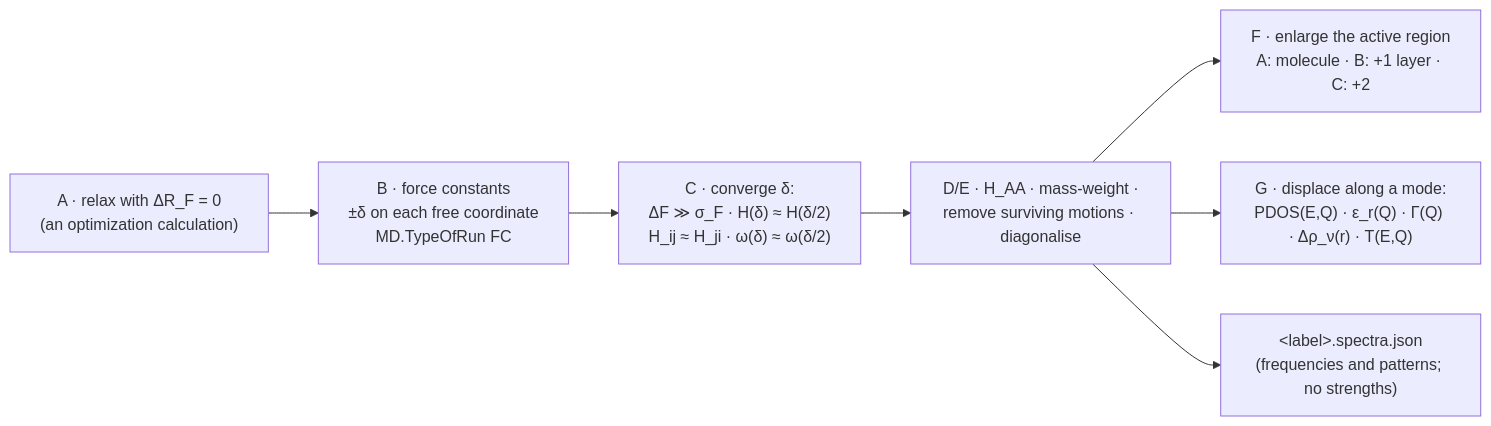
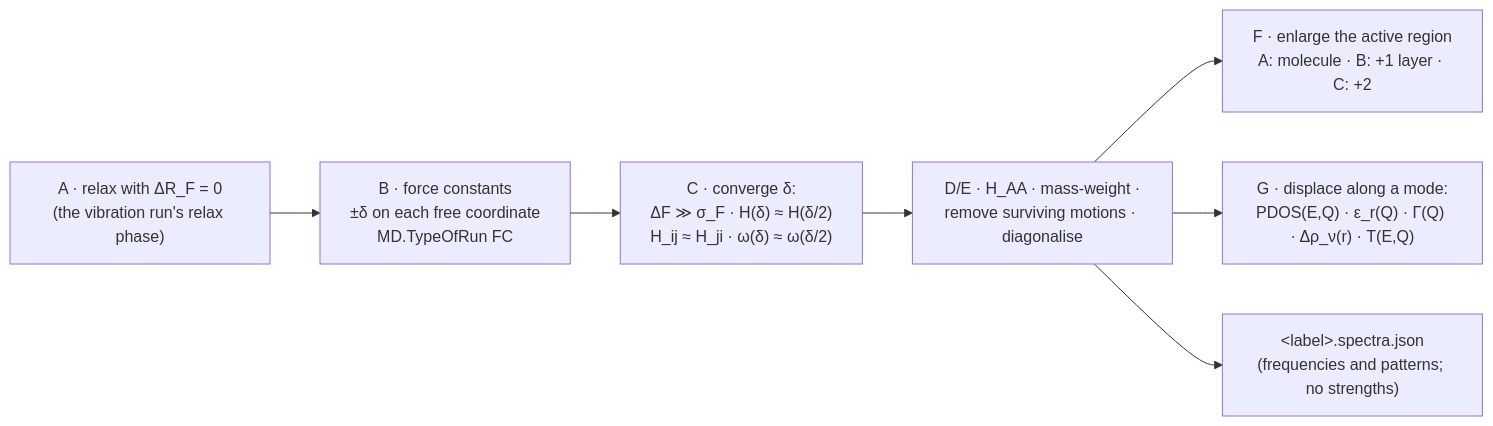
One commit to Qing-LAB/molbuilder changed the third of 3 diagrams in docs/science/normal-modes.md. Above: the diagram before and after it, drawn with Mermaid. The commit also changed 18 other files, not shown here.

````diff
--- a/docs/science/normal-modes.md
+++ b/docs/science/normal-modes.md
@@ -1001,9 +1001,9 @@
 ```mermaid
 flowchart LR
-  A["A · relax with ΔR_F = 0<br/>(an optimization calculation)"] --> B["B · force constants<br/>±δ on each free coordinate<br/>MD.TypeOfRun FC"]
+  A["A · relax with ΔR_F = 0<br/>(the vibration run's relax phase)"] --> B["B · force constants<br/>±δ on each free coordinate<br/>MD.TypeOfRun FC"]
   B --> C["C · converge δ:<br/>ΔF ≫ σ_F · H(δ) ≈ H(δ/2)<br/>H_ij ≈ H_ji · ω(δ) ≈ ω(δ/2)"]
   C --> D["D/E · H_AA · mass-weight ·<br/>remove surviving motions · diagonalise"]
   D --> F["F · enlarge the active region<br/>A: molecule · B: +1 layer · C: +2"]
   D --> G["G · displace along a mode:<br/>PDOS(E,Q) · ε_r(Q) · Γ(Q) · Δρ_ν(r) · T(E,Q)"]
   D --> R["&lt;label&gt;.spectra.json<br/>(frequencies and patterns; no strengths)"]
 ```
````
